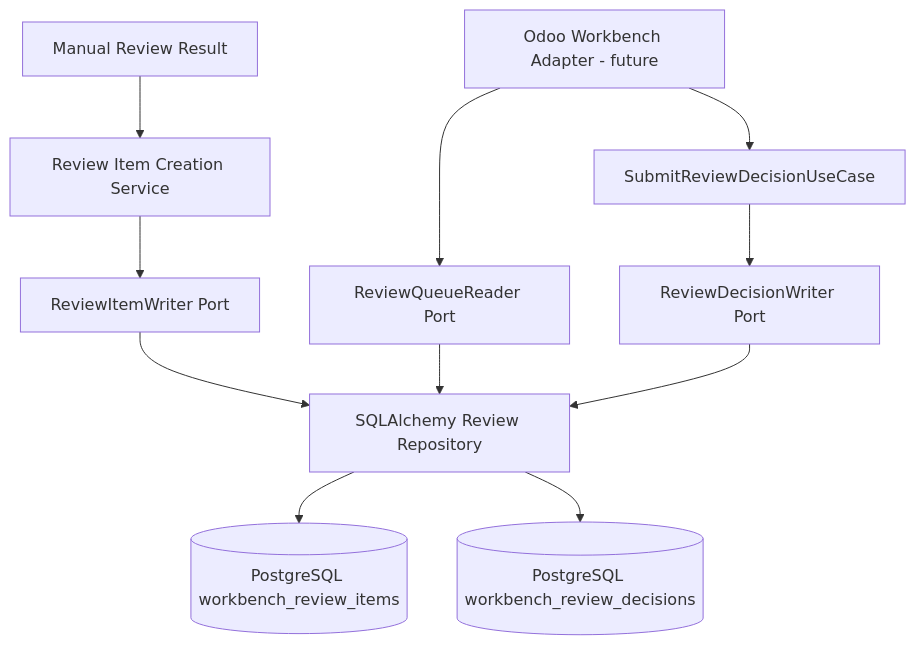
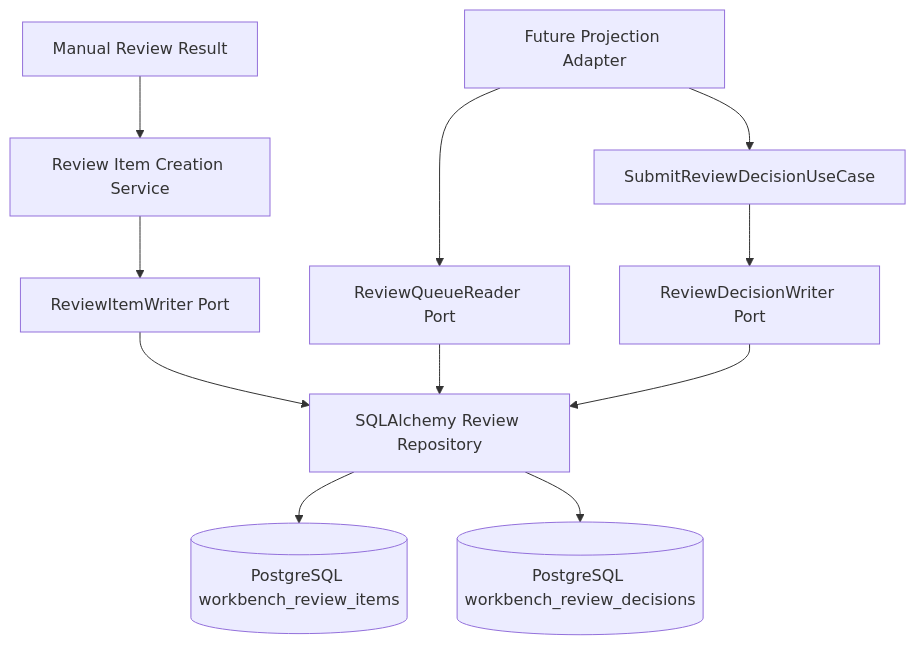
The second of 4 diagrams in docs/IMPORT_WORKBENCH.md (odurmazoglu/ict-integration-hub), drawn with Mermaid before and after one commit. The commit also changed other lines of this file and 16 other files, not shown here.

Commit message:
architecture: define odoo workbench projection contract

````diff
--- a/docs/IMPORT_WORKBENCH.md
+++ b/docs/IMPORT_WORKBENCH.md
@@ -115,24 +122,24 @@
 ```mermaid
 flowchart TB
     ManualReview[Manual Review Result]
     Service[Review Item Creation Service]
     Writer[ReviewItemWriter Port]
     Repository[SQLAlchemy Review Repository]
     ReviewItems[(PostgreSQL workbench_review_items)]
     Decisions[(PostgreSQL workbench_review_decisions)]
-    Workbench[Odoo Workbench Adapter - future]
+    ProjectionAdapter[Future Projection Adapter]
     Reader[ReviewQueueReader Port]
     Submit[SubmitReviewDecisionUseCase]
     DecisionWriter[ReviewDecisionWriter Port]
 
     ManualReview --> Service
     Service --> Writer
     Writer --> Repository
     Repository --> ReviewItems
     Repository --> Decisions
-    Workbench --> Reader
+    ProjectionAdapter --> Reader
     Reader --> Repository
-    Workbench --> Submit
+    ProjectionAdapter --> Submit
     Submit --> DecisionWriter
     DecisionWriter --> Repository
 ```
````
